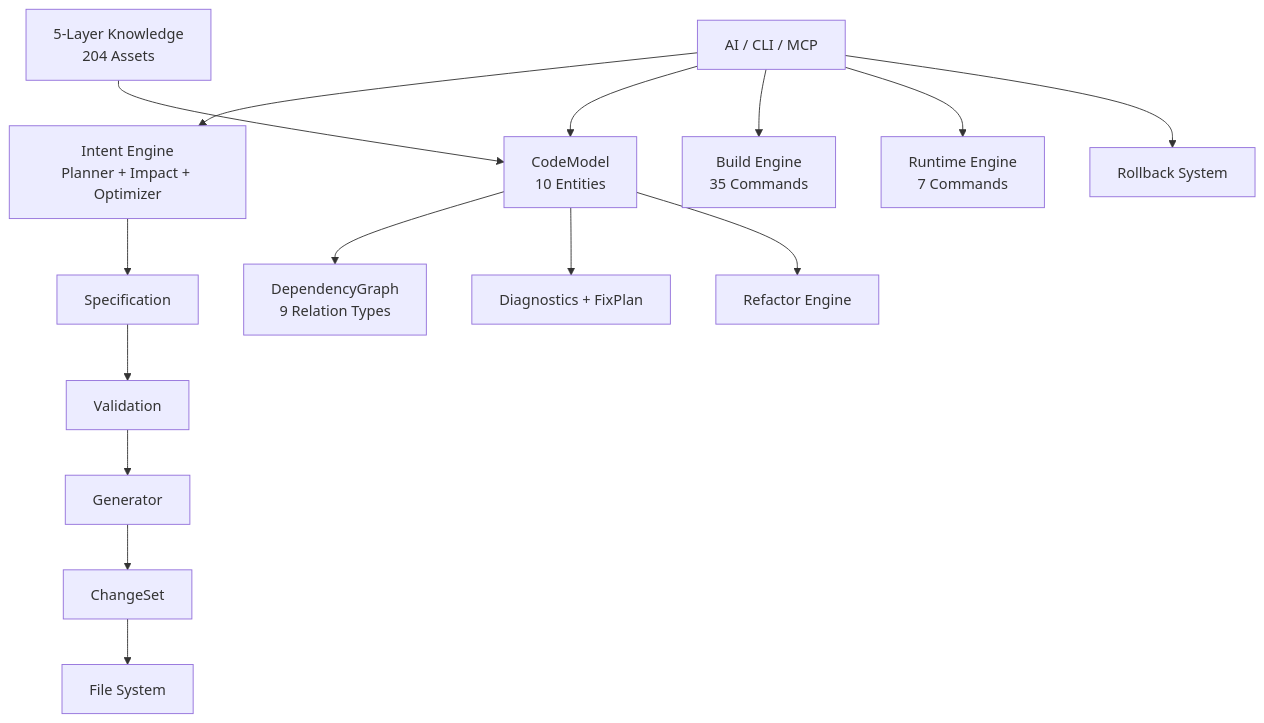
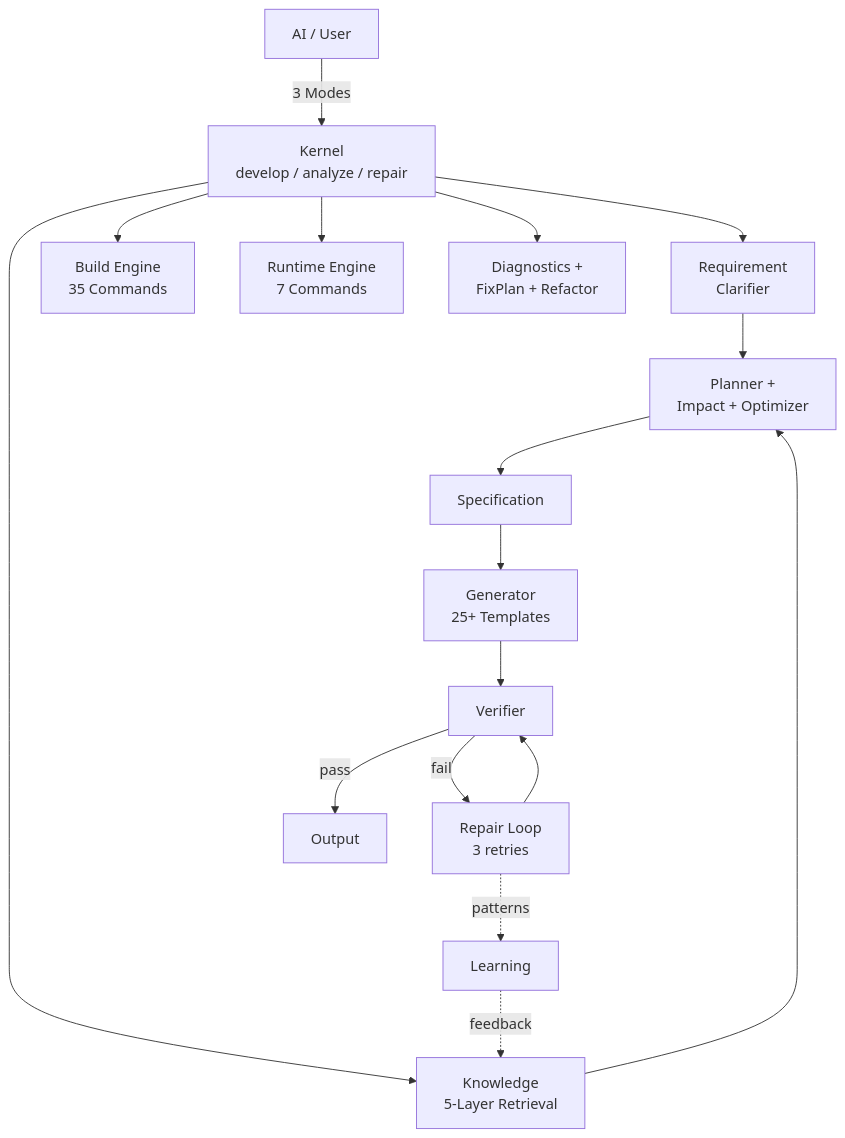
The diagram in README.md (chenlei-gh/CADE), drawn with Mermaid before and after one commit. The commit also changed other lines of this file, not shown here.

Commit message:
Update architecture diagram to V3 Kernel, fix knowledge asset count

````diff
--- a/README.md
+++ b/README.md
@@ -287,20 +287,22 @@
 ```mermaid
 graph TD
-    A[AI / CLI / MCP] --> P[Intent Engine<br/>Planner + Impact + Optimizer]
-    P --> B[Specification]
-    B --> C[Validation]
-    C --> D[Generator]
-    D --> E[ChangeSet]
-    E --> F[File System]
+    U[AI / User] -->|3 Modes| K[Kernel<br/>develop / analyze / repair]
+    K --> R[Requirement<br/>Clarifier]
+    R --> I[Planner +<br/>Impact + Optimizer]
+    I --> S[Specification]
+    S --> G[Generator<br/>25+ Templates]
+    G --> V[Verifier]
+    V -->|fail| P[Repair Loop<br/>3 retries]
+    P --> V
+    V -->|pass| O[Output]
 
-    A --> G[CodeModel<br/>10 Entities]
-    G --> H[DependencyGraph<br/>9 Relation Types]
-    G --> I[Diagnostics + FixPlan]
-    G --> J[Refactor Engine]
+    K --> Q[Knowledge<br/>5-Layer Retrieval]
+    Q --> I
 
-    A --> K[Build Engine<br/>35 Commands]
-    A --> L[Runtime Engine<br/>7 Commands]
-    A --> M[Rollback System]
+    K --> B[Build Engine<br/>35 Commands]
+    K --> X[Runtime Engine<br/>7 Commands]
+    K --> Z[Diagnostics +<br/>FixPlan + Refactor]
 
-    N[5-Layer Knowledge<br/>204 Assets] --> G
+    L[Learning] -.->|feedback| Q
+    P -.->|patterns| L
 ```
````
